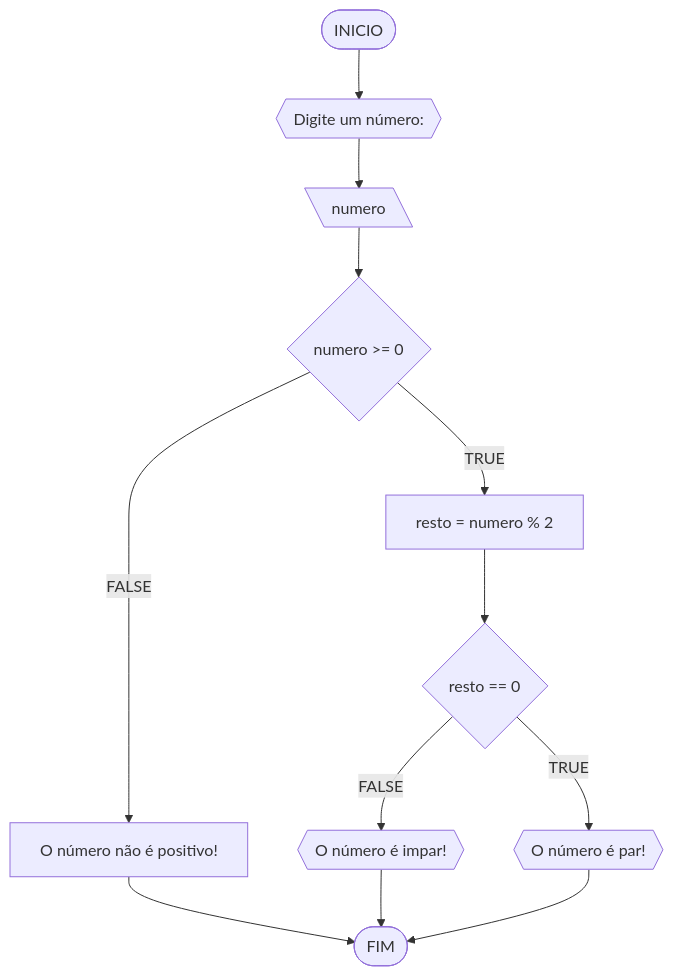
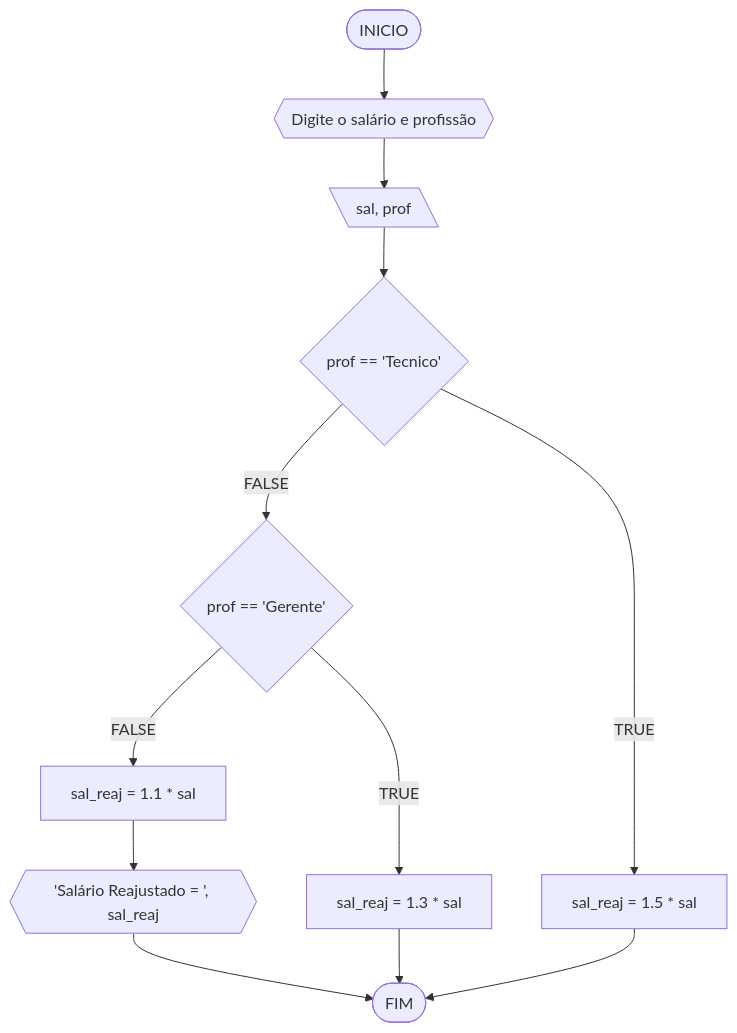
The first of 5 diagrams in RLA/Unidade1/lista2.md (pedrotomezin/unifor), drawn with Mermaid before and after one commit. The commit also changed other lines of this file, not shown here.

````diff
--- a/RLA/Unidade1/lista2.md
+++ b/RLA/Unidade1/lista2.md
@@ -13,14 +10,14 @@
 ```mermaid
 flowchart TD
-A([INICIO]) --> B{{Digite um número:}}
-B --> C[\numero\]
-C --> D{numero >= 0}
-D --FALSE--> E[O número não é positivo!]
-D --TRUE--> F[resto = numero % 2]
-E --> Z([FIM])
-F --> G{resto == 0}
-G --FALSE--> H{{O número é impar!}}
-G --TRUE--> I{{O número é par!}}
-H --> Z
-I --> Z
+A([INICIO]) --> B{{Digite o salário e profissão}}
+B --> C[\sal, prof\]
+C --> D{prof == 'Tecnico'}
+D --FALSE--> E{prof == 'Gerente'}
+D --TRUE--> F[sal_reaj = 1.5 * sal]
+E --FALSE--> H[sal_reaj = 1.1 * sal]
+E --TRUE--> G[sal_reaj = 1.3 * sal]
+G --> I([FIM])
+F --> I
+H --> J{{'Salário Reajustado = ', sal_reaj}}
+J --> I
 ```
````
